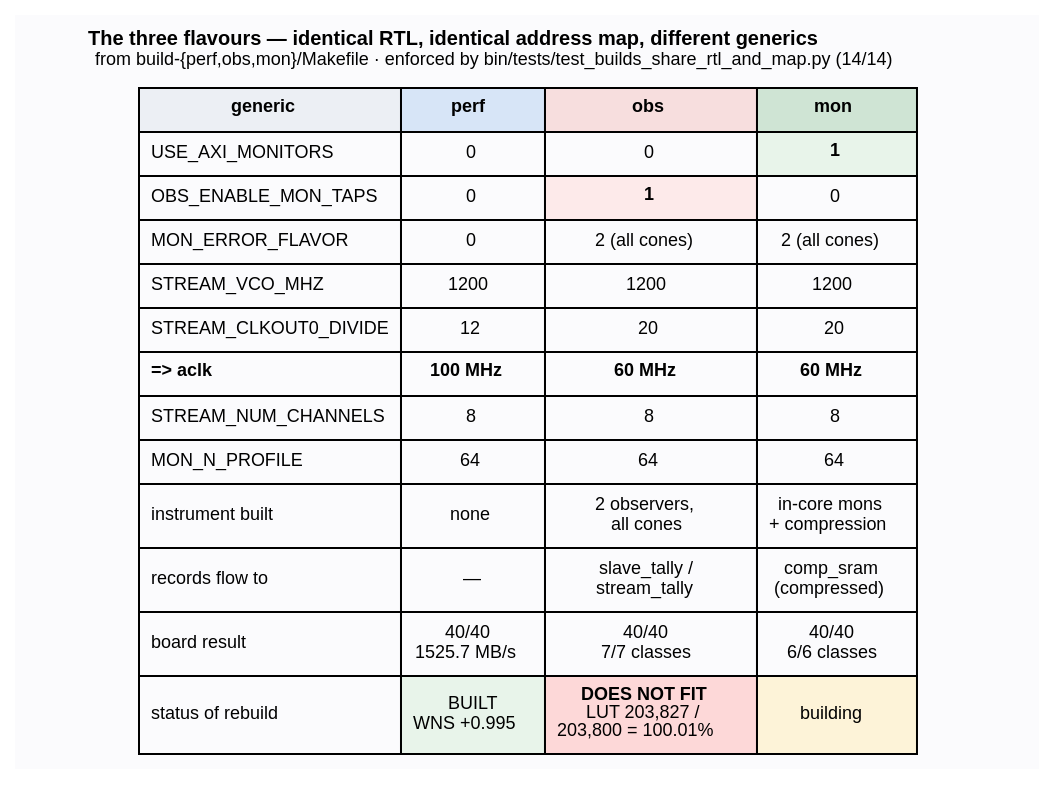
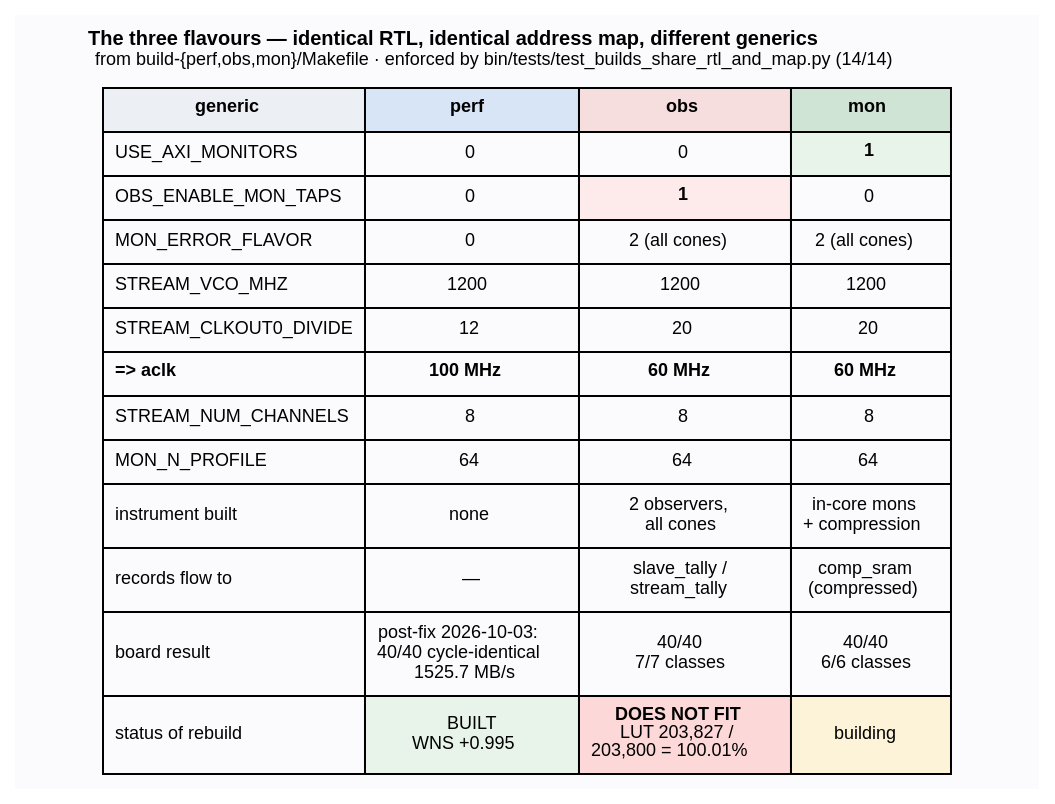
One commit to sean-galloway/RTLDesignSherpa changed the diagram in projects/fpga-systems/Genesys2/stream/docs/assets/diagrams/stream_harness_modes.dot. Above: the diagram before and after it, drawn with Graphviz. The commit also changed 38 other files, not shown here.

```diff
--- a/projects/fpga-systems/Genesys2/stream/docs/assets/diagrams/stream_harness_modes.dot
+++ b/projects/fpga-systems/Genesys2/stream/docs/assets/diagrams/stream_harness_modes.dot
@@ -1,30 +1,30 @@
 digraph modes {
   rankdir=TB; nodesep=0.5; ranksep=0.5;
   graph [fontname="Helvetica", fontsize=10, bgcolor="#fbfbfd",
          label=<<B>The three flavours — identical RTL, identical address map, different generics</B><BR/>
          <FONT POINT-SIZE="9">from build-{perf,obs,mon}/Makefile · enforced by bin/tests/test_builds_share_rtl_and_map.py (14/14)</FONT>>,
          labelloc=t];
   node [fontname="Helvetica", fontsize=9, shape=plaintext];
 
   cmp [label=<
   <TABLE BORDER="0" CELLBORDER="1" CELLSPACING="0" CELLPADDING="5">
    <TR><TD BGCOLOR="#eceff4"><B>generic</B></TD>
        <TD BGCOLOR="#d7e5f7"><B>perf</B></TD>
        <TD BGCOLOR="#f7dede"><B>obs</B></TD>
        <TD BGCOLOR="#cfe4d4"><B>mon</B></TD></TR>
    <TR><TD ALIGN="LEFT">USE_AXI_MONITORS</TD><TD>0</TD><TD>0</TD><TD BGCOLOR="#e8f4ea"><B>1</B></TD></TR>
    <TR><TD ALIGN="LEFT">OBS_ENABLE_MON_TAPS</TD><TD>0</TD><TD BGCOLOR="#fdeaea"><B>1</B></TD><TD>0</TD></TR>
    <TR><TD ALIGN="LEFT">MON_ERROR_FLAVOR</TD><TD>0</TD><TD>2 (all cones)</TD><TD>2 (all cones)</TD></TR>
    <TR><TD ALIGN="LEFT">STREAM_VCO_MHZ</TD><TD>1200</TD><TD>1200</TD><TD>1200</TD></TR>
    <TR><TD ALIGN="LEFT">STREAM_CLKOUT0_DIVIDE</TD><TD>12</TD><TD>20</TD><TD>20</TD></TR>
    <TR><TD ALIGN="LEFT"><B>=&gt; aclk</B></TD><TD><B>100 MHz</B></TD><TD><B>60 MHz</B></TD><TD><B>60 MHz</B></TD></TR>
    <TR><TD ALIGN="LEFT">STREAM_NUM_CHANNELS</TD><TD>8</TD><TD>8</TD><TD>8</TD></TR>
    <TR><TD ALIGN="LEFT">MON_N_PROFILE</TD><TD>64</TD><TD>64</TD><TD>64</TD></TR>
    <TR><TD ALIGN="LEFT">instrument built</TD><TD>none</TD><TD>2 observers,<BR/>all cones</TD><TD>in-core mons<BR/>+ compression</TD></TR>
    <TR><TD ALIGN="LEFT">records flow to</TD><TD>—</TD><TD>slave_tally /<BR/>stream_tally</TD><TD>comp_sram<BR/>(compressed)</TD></TR>
-   <TR><TD ALIGN="LEFT">board result</TD><TD>40/40<BR/>1525.7 MB/s</TD><TD>40/40<BR/>7/7 classes</TD><TD>40/40<BR/>6/6 classes</TD></TR>
+   <TR><TD ALIGN="LEFT">board result</TD><TD>post-fix 2026-10-03:<BR/>40/40 cycle-identical<BR/>1525.7 MB/s</TD><TD>40/40<BR/>7/7 classes</TD><TD>40/40<BR/>6/6 classes</TD></TR>
    <TR><TD ALIGN="LEFT">status of rebuild</TD><TD BGCOLOR="#e8f4ea">BUILT<BR/>WNS +0.995</TD>
        <TD BGCOLOR="#fdd8d8"><B>DOES NOT FIT</B><BR/>LUT 203,827 /<BR/>203,800 = 100.01%</TD>
        <TD BGCOLOR="#fdf3d8">building</TD></TR>
   </TABLE>>];
 }
```
